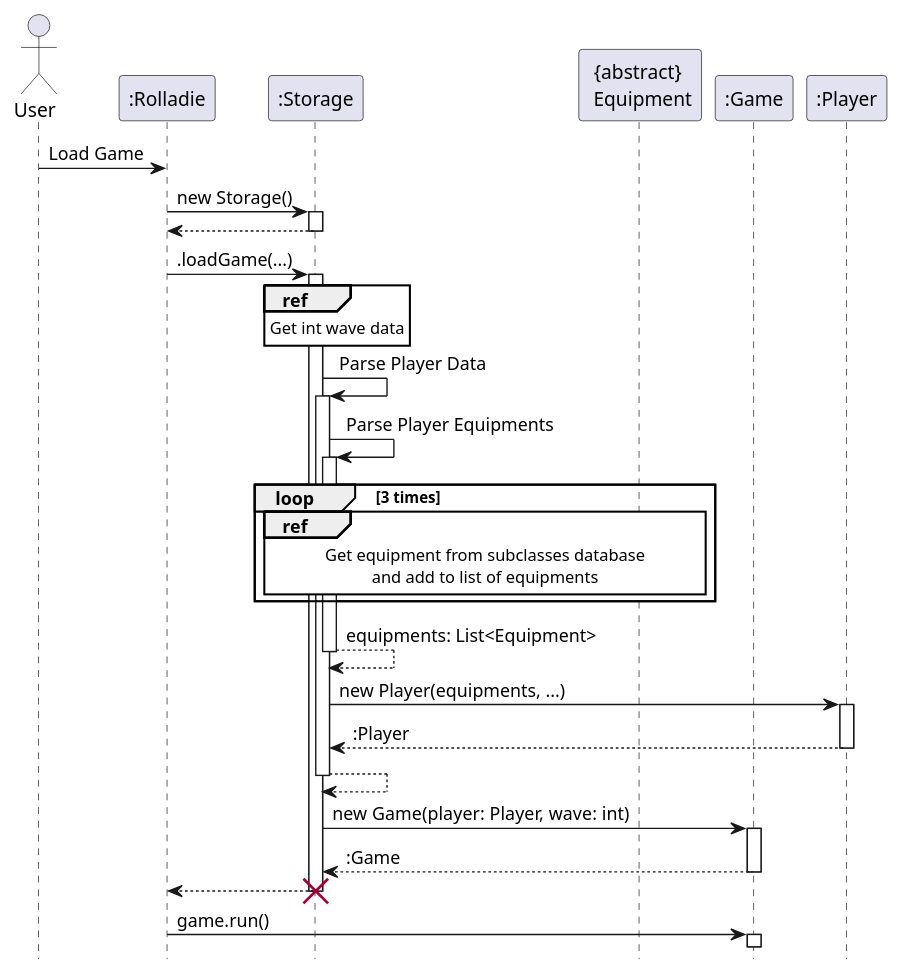
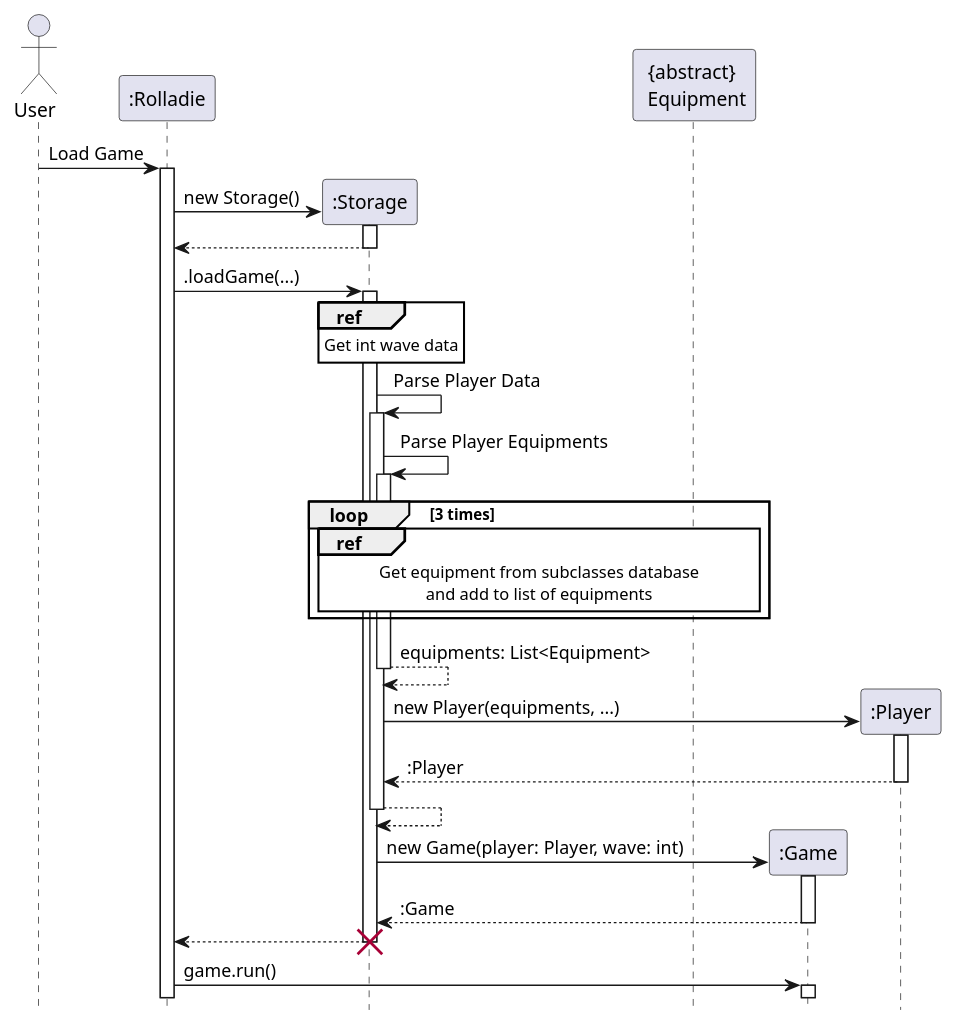
Before and after one commit to TiangSoonYong/tp: the diagram in docs/diagrams/loadSequence.puml, drawn with PlantUML. The commit also changed 7 other files, not shown here.

```diff
--- a/docs/diagrams/loadSequence.puml
+++ b/docs/diagrams/loadSequence.puml
@@ -1,49 +1,52 @@
 @startuml
 hide footbox
 skinparam sequenceReferenceBackgroundColor #FFFFFF
 actor User
 
 participant ":Rolladie" as Rolladie
 participant ":Storage" as Storage
 participant "{abstract} \n Equipment" as Equipment
 participant ":Game" as Game
 participant ":Player" as Player
 
 User -> Rolladie: Load Game
+activate Rolladie
+create Storage
 Rolladie -> Storage: new Storage()
 activate Storage
 Storage --> Rolladie:
 deactivate Storage
 Rolladie -> Storage: .loadGame(...)
 activate Storage
 ref over Storage
     Get int wave data
 end ref
 Storage -> Storage: Parse Player Data
 activate Storage
     Storage -> Storage: Parse Player Equipments
     activate Storage
         loop 3 times
             ref over Storage, Equipment
                 Get equipment from subclasses database
                 and add to list of equipments
             end ref
         end loop
         Storage --> Storage: equipments: List<Equipment>
     deactivate Storage
+    create Player
     Storage -> Player: new Player(equipments, ...)
     activate Player
     Player --> Storage: :Player
     deactivate Player
     Storage --> Storage:
 deactivate Storage
-
+create Game
 Storage -> Game: new Game(player: Player, wave: int)
 activate Game
 Game --> Storage: :Game
 deactivate Game
 Storage --> Rolladie:
 destroy Storage
 Rolladie -> Game: game.run()
 activate Game
 @enduml
```
